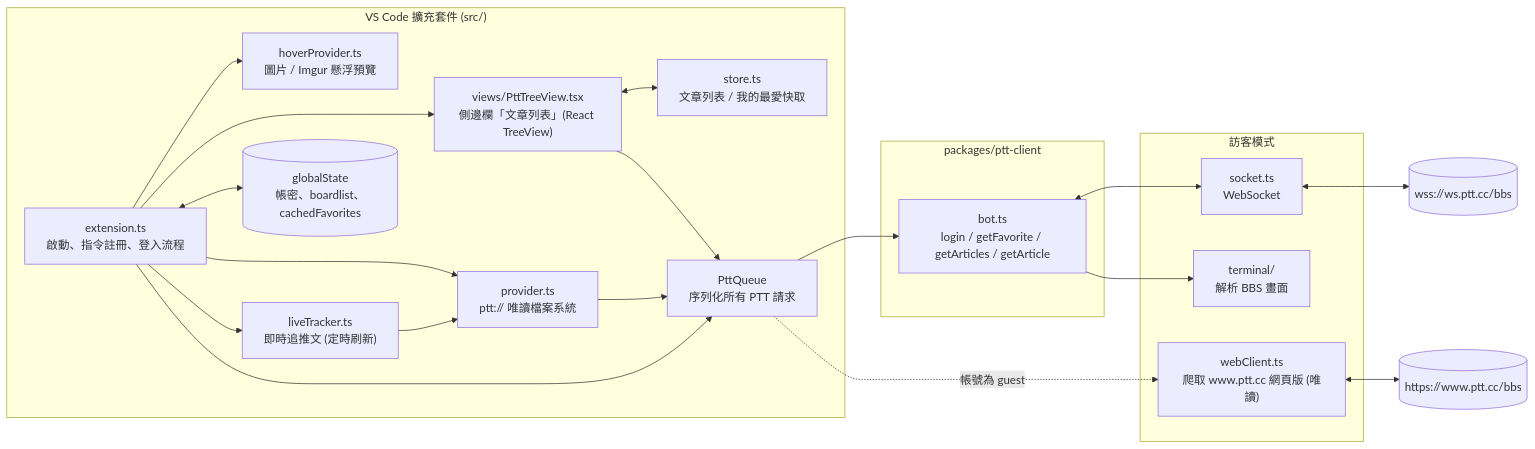
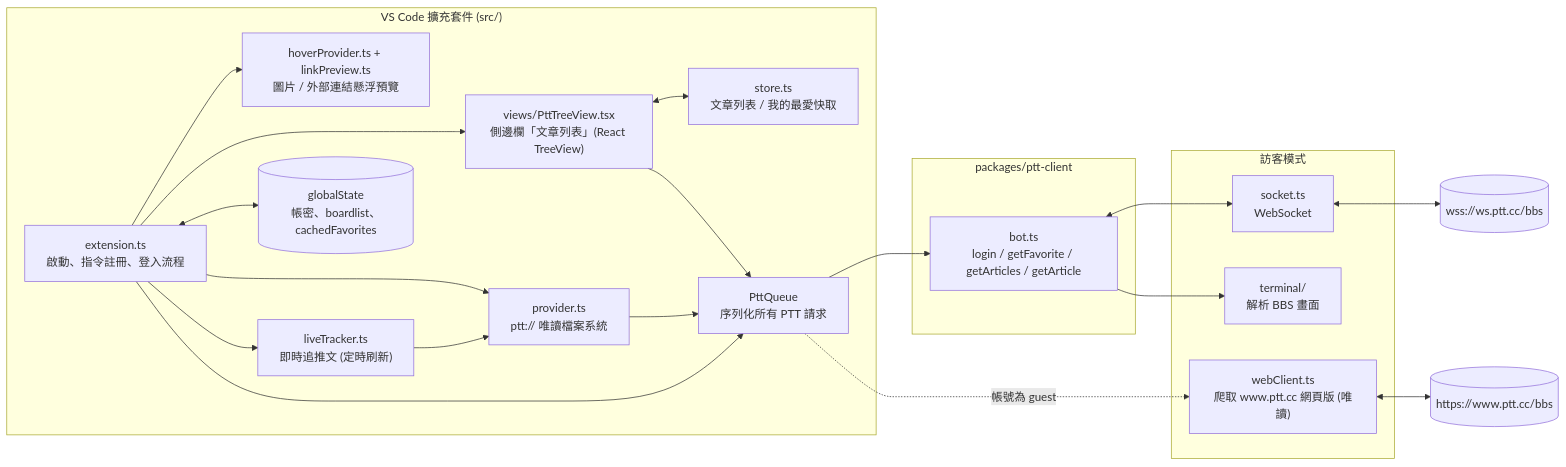
Before and after one commit to kalpy-HI/vscode-ptt: the first of 4 diagrams in docs/ARCHITECTURE.md, drawn with Mermaid. The commit also changed other lines of this file and 7 other files, not shown here.

First line of the commit message:
Preview thumbnails for external links on hover

````diff
--- a/docs/ARCHITECTURE.md
+++ b/docs/ARCHITECTURE.md
@@ -5,35 +5,35 @@
 ```mermaid
 flowchart LR
   subgraph VSCode["VS Code 擴充套件 (src/)"]
     EXT["extension.ts<br/>啟動、指令註冊、登入流程"]
     TREE["views/PttTreeView.tsx<br/>側邊欄「文章列表」(React TreeView)"]
     FS["provider.ts<br/>ptt:// 唯讀檔案系統"]
-    HOVER["hoverProvider.ts<br/>圖片 / Imgur 懸浮預覽"]
+    HOVER["hoverProvider.ts + linkPreview.ts<br/>圖片 / 外部連結懸浮預覽"]
     LIVE["liveTracker.ts<br/>即時追推文 (定時刷新)"]
     STORE["store.ts<br/>文章列表 / 我的最愛快取"]
     Q["PttQueue<br/>序列化所有 PTT 請求"]
     GS[("globalState<br/>帳密、boardlist、cachedFavorites")]
   end
 
   subgraph CLIENT["packages/ptt-client"]
     BOT["bot.ts<br/>login / getFavorite / getArticles / getArticle"]
   end
 
   subgraph WEB["訪客模式"]
     WC["webClient.ts<br/>爬取 www.ptt.cc 網頁版 (唯讀)"]
     TERM["terminal/<br/>解析 BBS 畫面"]
     SOCK["socket.ts<br/>WebSocket"]
   end
 
   PTT[("wss://ws.ptt.cc/bbs")]
   WWW[("https://www.ptt.cc/bbs")]
 
   EXT --> TREE & FS & HOVER & LIVE
   EXT <--> GS
   TREE <--> STORE
   TREE & FS & EXT --> Q --> BOT
   LIVE --> FS
   BOT --> TERM
   BOT <--> SOCK <--> PTT
   Q -. 帳號為 guest .-> WC <--> WWW
 ```
````
